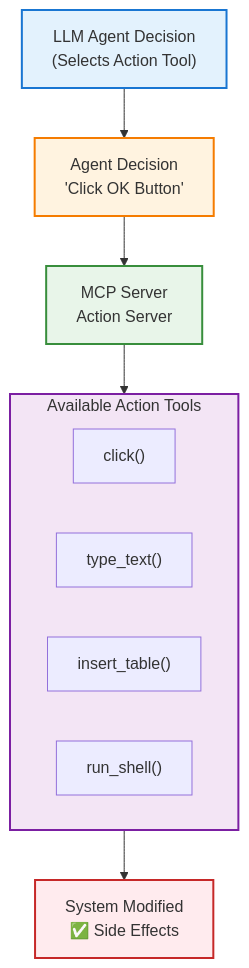
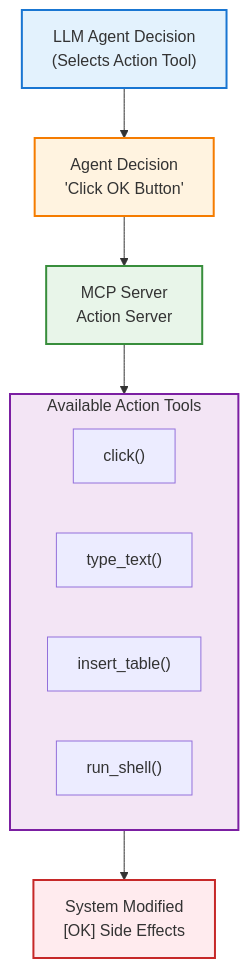
The diagram in documents/docs/mcp/action.md (DEVELOPER-DEEVEN/alien-project), drawn with Mermaid before and after one commit. The commit also changed other lines of this file and 290 other files, not shown here.

````diff
--- a/documents/docs/mcp/action.md
+++ b/documents/docs/mcp/action.md
@@ -31,28 +31,28 @@
 ```mermaid
 graph TB
     LLM["LLM Agent Decision<br/>(Selects Action Tool)"]
     
     Agent["Agent Decision<br/>'Click OK Button'"]
     
     MCP["MCP Server<br/>Action Server"]
     
     subgraph Tools["Available Action Tools"]
         Click["click()"]
         Type["type_text()"]
         Insert["insert_table()"]
         Shell["run_shell()"]
     end
     
-    System["System Modified<br/>✅ Side Effects"]
+    System["System Modified<br/>[OK] Side Effects"]
     
     LLM --> Agent
     Agent --> MCP
     MCP --> Tools
     Tools --> System
     
     style LLM fill:#e3f2fd,stroke:#1976d2,stroke-width:2px
     style Agent fill:#fff3e0,stroke:#f57c00,stroke-width:2px
     style MCP fill:#e8f5e9,stroke:#388e3c,stroke-width:2px
     style Tools fill:#f3e5f5,stroke:#7b1fa2,stroke-width:2px
     style System fill:#ffebee,stroke:#c62828,stroke-width:2px
 ```
````
